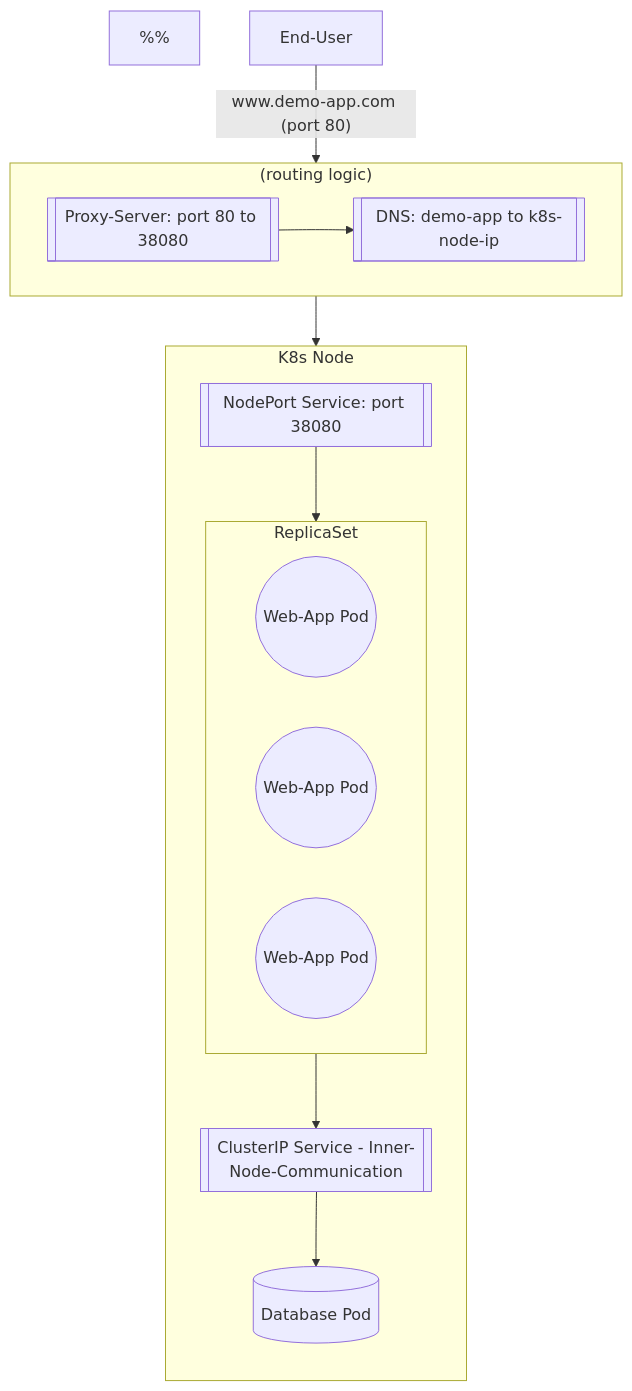
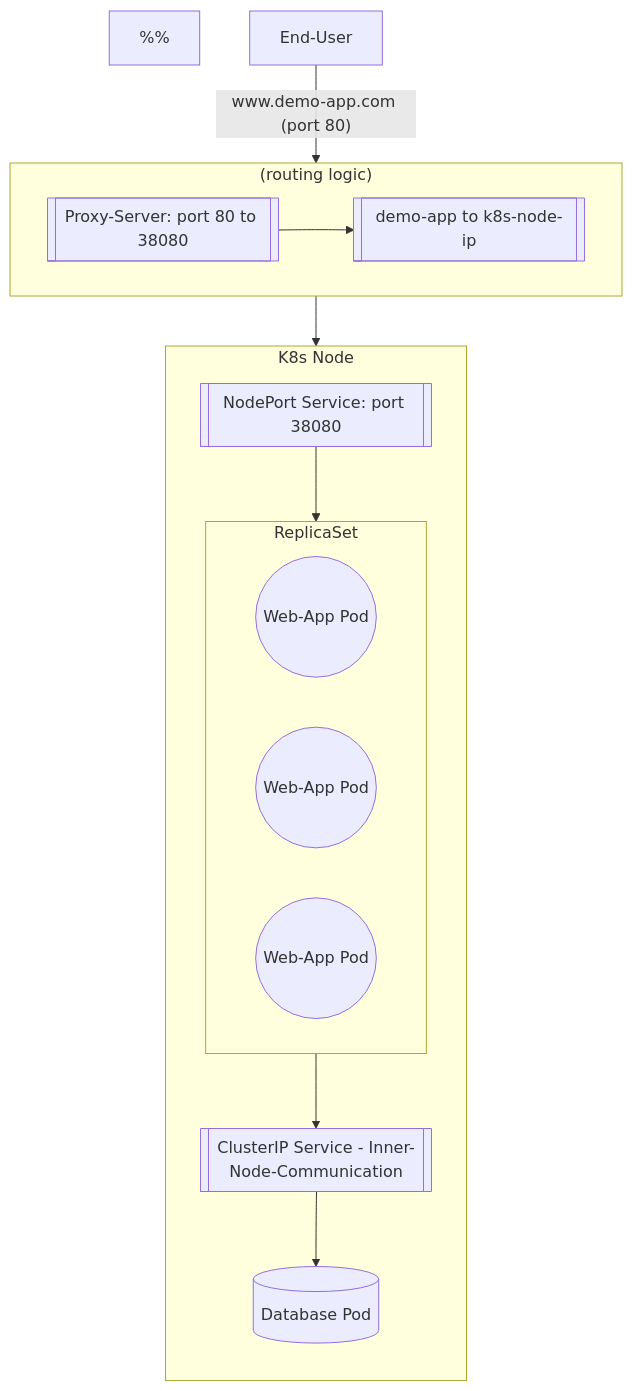
One commit to imagineLife/big-site changed the fifth of 7 diagrams in content/k8s/in-depth/why-ingress.md. Above: the diagram before and after it, drawn with Mermaid. The commit also changed other lines of this file, not shown here.

````diff
--- a/content/k8s/in-depth/why-ingress.md
+++ b/content/k8s/in-depth/why-ingress.md
@@ -158,39 +160,39 @@
 ```mermaid
 flowchart TD
   %%
   %%  Nodes
   %%
   USER[End-User]
   
   PXY[[Proxy-Server: port 80 to 38080]]
-  DNS[[DNS: demo-app to k8s-node-ip]]
+  DNS[[demo-app to k8s-node-ip]]
 
   NPS[[NodePort Service: port 38080]]
   APP((Web-App Pod))
   APP2((Web-App Pod))
   APP3((Web-App Pod))
   DBS[[ClusterIP Service - Inner-Node-Communication]]
   DB[(Database Pod)]
 
   subgraph RL["(routing logic)"]
     PXY --> DNS
   end
 
   subgraph RS [ReplicaSet]
     APP
     APP2
     APP3
   end
 
   subgraph K8s Node
     direction TB
     NPS --> RS
     RS --> DBS
     DBS --> DB
   end
   
   
 
   USER -- "www.demo-app.com (port 80)" --> RL
   RL --> NPS
 ```
````
